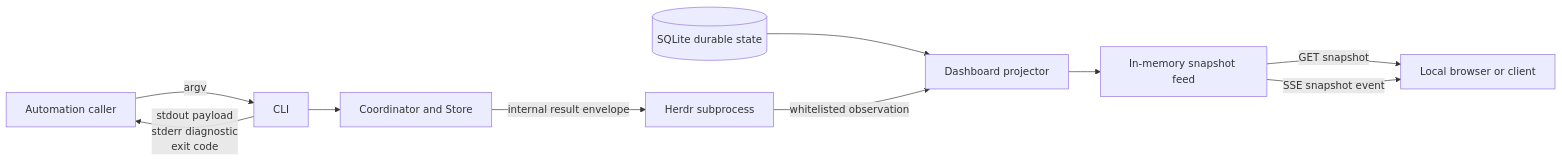
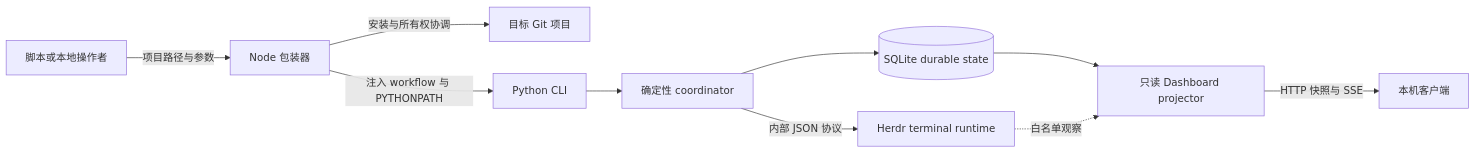
The diagram in droid-wiki/api/index.md (oldwinter/herdr-orchestrator), drawn with Mermaid before and after one commit. The commit also changed other lines of this file and 62 other files, not shown here.

````diff
--- a/droid-wiki/api/index.md
+++ b/droid-wiki/api/index.md
@@ -17,12 +16,12 @@
 ```mermaid
 flowchart LR
-    A[Automation caller] -->|argv| CLI[CLI]
-    CLI -->|stdout payload<br/>stderr diagnostic<br/>exit code| A
-    CLI --> C[Coordinator and Store]
-    C -->|internal result envelope| H[Herdr subprocess]
-    DB[(SQLite durable state)] --> P[Dashboard projector]
-    H -->|whitelisted observation| P
-    P --> F[In-memory snapshot feed]
-    F -->|GET snapshot| B[Local browser or client]
-    F -->|SSE snapshot event| B
+    调用者[脚本或本地操作者] -->|项目路径与参数| 包装器[Node 包装器]
+    包装器 -->|安装与所有权协调| 项目[目标 Git 项目]
+    包装器 -->|注入 workflow 与 PYTHONPATH| 命令行[Python CLI]
+    命令行 --> 协调器[确定性 coordinator]
+    协调器 --> 数据库[(SQLite durable state)]
+    协调器 -->|内部 JSON 协议| Herdr[Herdr terminal runtime]
+    数据库 --> 投影器[只读 Dashboard projector]
+    Herdr -. 白名单观察 .-> 投影器
+    投影器 -->|HTTP 快照与 SSE| 浏览器[本机客户端]
 ```
````
